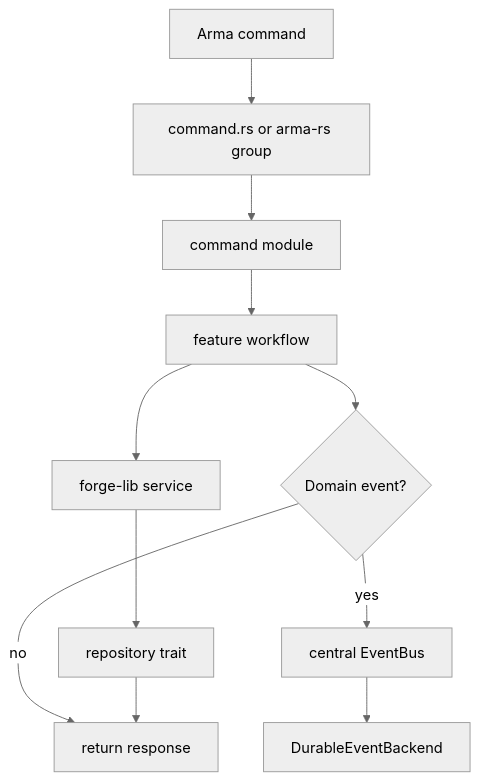
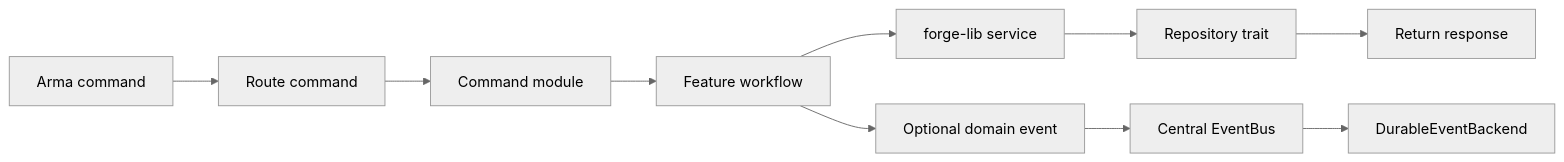
Before and after one commit to jschmidt92/crate: the first of 3 diagrams in arma/server/docs/architecture.md, drawn with Mermaid (neutral theme). The commit also changed other lines of this file and 53 other files, not shown here.

````diff
--- a/arma/server/docs/architecture.md
+++ b/arma/server/docs/architecture.md
@@ -14,13 +14,13 @@
 ```mermaid
-flowchart TD
-    Arma[Arma command] --> Route[command.rs or arma-rs group]
-    Route --> Command[command module]
-    Command --> Feature[feature workflow]
+flowchart LR
+    Arma[Arma command] --> Route[Route command]
+    Route --> Command[Command module]
+    Command --> Feature[Feature workflow]
     Feature --> Service[forge-lib service]
-    Service --> Repository[repository trait]
-    Feature --> Event{Domain event?}
-    Event -->|yes| Bus[central EventBus]
+    Service --> Repository[Repository trait]
+    Repository --> Response[Return response]
+
+    Feature --> Event[Optional domain event]
+    Event --> Bus[Central EventBus]
     Bus --> Durable[DurableEventBackend]
-    Event -->|no| Done[return response]
-    Repository --> Done
 ```
````
